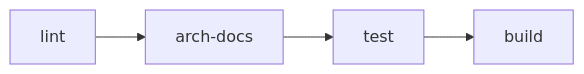
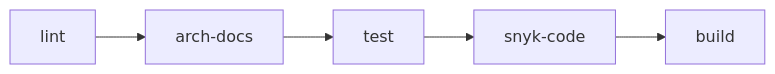
One commit to jonathan-nascimento51/glpi_dashboard_cau changed the diagram in docs/WORKFLOWS.md. Above: the diagram before and after it, drawn with Mermaid. The commit also changed other lines of this file and 4 other files, not shown here.

````diff
--- a/docs/WORKFLOWS.md
+++ b/docs/WORKFLOWS.md
@@ -16,4 +17,4 @@
 ```mermaid
 flowchart LR
-  lint --> arch-docs --> test --> build
+  lint --> arch-docs --> test --> snyk-code --> build
 ```
````
